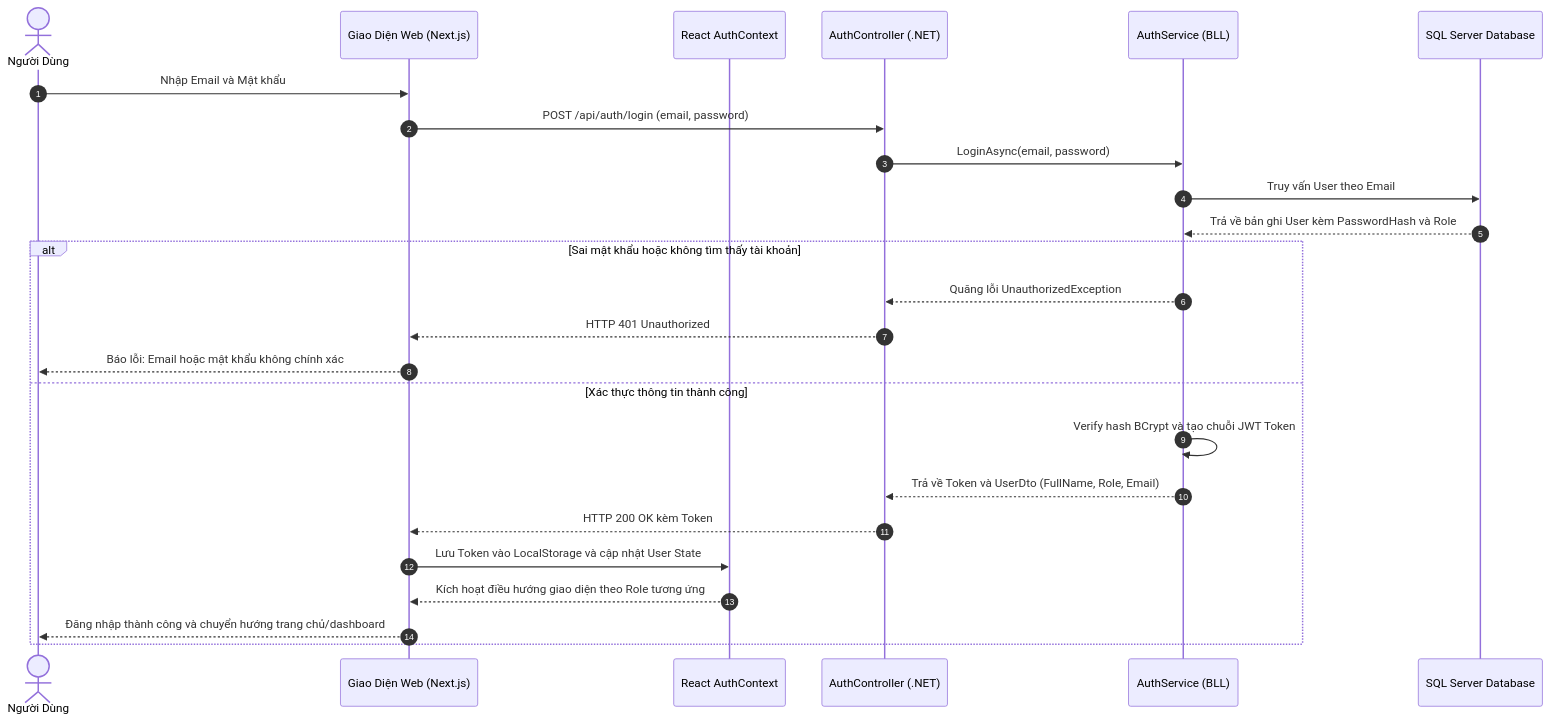
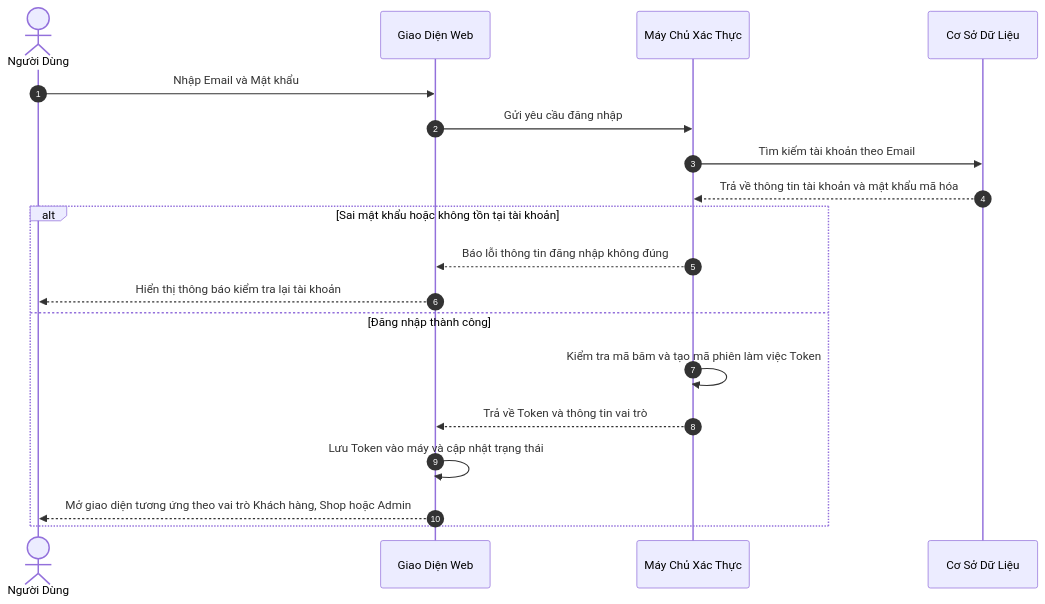
One commit to longthan12334/He-thong-thuong-mai-ien-tu-tich-hop-AI changed the tenth of 16 diagrams in BAO_CAO_THIET_KE_HE_THONG.md. Above: the diagram before and after it, drawn with Mermaid. The commit also changed other lines of this file and 24 other files, not shown here.

````diff
--- a/BAO_CAO_THIET_KE_HE_THONG.md
+++ b/BAO_CAO_THIET_KE_HE_THONG.md
@@ -490,29 +476,23 @@
 ```mermaid
 sequenceDiagram
     autonumber
     actor User as Người Dùng
-    participant UI as Giao Diện Web (Next.js)
-    participant AuthContext as React AuthContext
-    participant AuthAPI as AuthController (.NET)
-    participant AuthService as AuthService (BLL)
-    participant DB as SQL Server Database
+    participant UI as Giao Diện Web
+    participant AuthAPI as Máy Chủ Xác Thực
+    participant DB as Cơ Sở Dữ Liệu
 
     User->>UI: Nhập Email và Mật khẩu
-    UI->>AuthAPI: POST /api/auth/login (email, password)
-    AuthAPI->>AuthService: LoginAsync(email, password)
-    AuthService->>DB: Truy vấn User theo Email
-    DB-->>AuthService: Trả về bản ghi User kèm PasswordHash và Role
+    UI->>AuthAPI: Gửi yêu cầu đăng nhập
+    AuthAPI->>DB: Tìm kiếm tài khoản theo Email
+    DB-->>AuthAPI: Trả về thông tin tài khoản và mật khẩu mã hóa
     
-    alt Sai mật khẩu hoặc không tìm thấy tài khoản
-        AuthService-->>AuthAPI: Quăng lỗi UnauthorizedException
-        AuthAPI-->>UI: HTTP 401 Unauthorized
-        UI-->>User: Báo lỗi: Email hoặc mật khẩu không chính xác
-    else Xác thực thông tin thành công
-        AuthService->>AuthService: Verify hash BCrypt và tạo chuỗi JWT Token
-        AuthService-->>AuthAPI: Trả về Token và UserDto (FullName, Role, Email)
-        AuthAPI-->>UI: HTTP 200 OK kèm Token
-        UI->>AuthContext: Lưu Token vào LocalStorage và cập nhật User State
-        AuthContext-->>UI: Kích hoạt điều hướng giao diện theo Role tương ứng
-        UI-->>User: Đăng nhập thành công và chuyển hướng trang chủ/dashboard
+    alt Sai mật khẩu hoặc không tồn tại tài khoản
+        AuthAPI-->>UI: Báo lỗi thông tin đăng nhập không đúng
+        UI-->>User: Hiển thị thông báo kiểm tra lại tài khoản
+    else Đăng nhập thành công
+        AuthAPI->>AuthAPI: Kiểm tra mã băm và tạo mã phiên làm việc Token
+        AuthAPI-->>UI: Trả về Token và thông tin vai trò
+        UI->>UI: Lưu Token vào máy và cập nhật trạng thái
+        UI-->>User: Mở giao diện tương ứng theo vai trò Khách hàng, Shop hoặc Admin
     end
 ```
````
